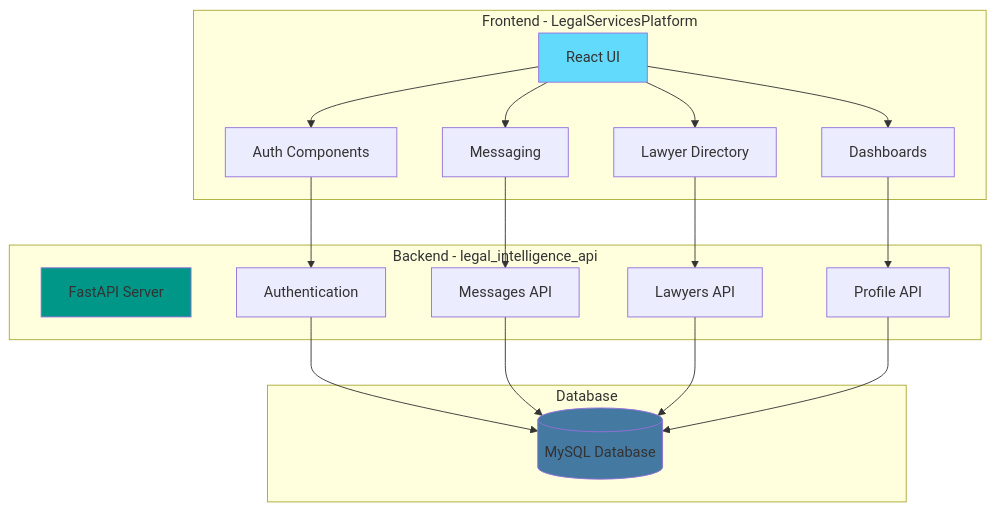
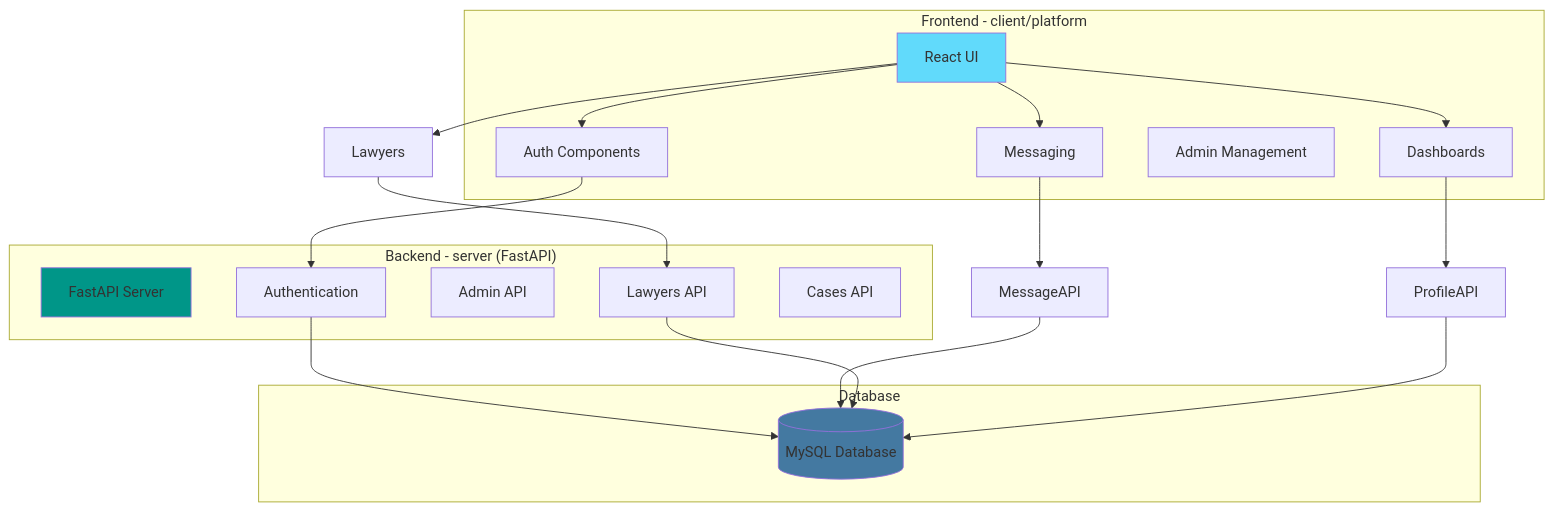
The first of 2 diagrams in CONTRIBUTING.md (quantumNexus0/ai_legal_ecosystem), drawn with Mermaid before and after one commit. The commit also changed other lines of this file, not shown here.

````diff
--- a/CONTRIBUTING.md
+++ b/CONTRIBUTING.md
@@ -123,41 +123,41 @@
 ```mermaid
 graph TB
-    subgraph "Frontend - LegalServicesPlatform"
+    subgraph "Frontend - client/platform"
         UI[React UI]
         Auth[Auth Components]
         Dashboard[Dashboards]
+        Admin[Admin Management]
         Chat[Messaging]
-        Lawyers[Lawyer Directory]
     end
     
-    subgraph "Backend - legal_intelligence_api"
+    subgraph "Backend - server (FastAPI)"
         API[FastAPI Server]
         AuthAPI[Authentication]
-        MessageAPI[Messages API]
+        AdminAPI[Admin API]
         LawyerAPI[Lawyers API]
-        ProfileAPI[Profile API]
+        CaseAPI[Cases API]
     end
     
     subgraph "Database"
         MySQL[(MySQL Database)]
     end
     
     UI --> Auth
     UI --> Dashboard
     UI --> Chat
     UI --> Lawyers
     
     Auth --> AuthAPI
     Chat --> MessageAPI
     Lawyers --> LawyerAPI
     Dashboard --> ProfileAPI
     
     AuthAPI --> MySQL
     MessageAPI --> MySQL
     LawyerAPI --> MySQL
     ProfileAPI --> MySQL
     
     style UI fill:#61DAFB
     style API fill:#009688
     style MySQL fill:#4479A1
 ```
````
